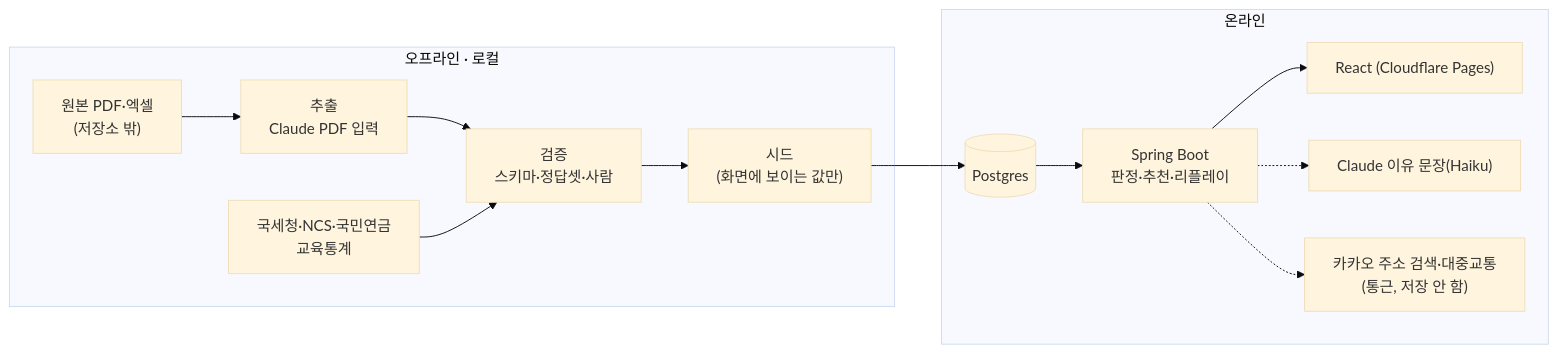
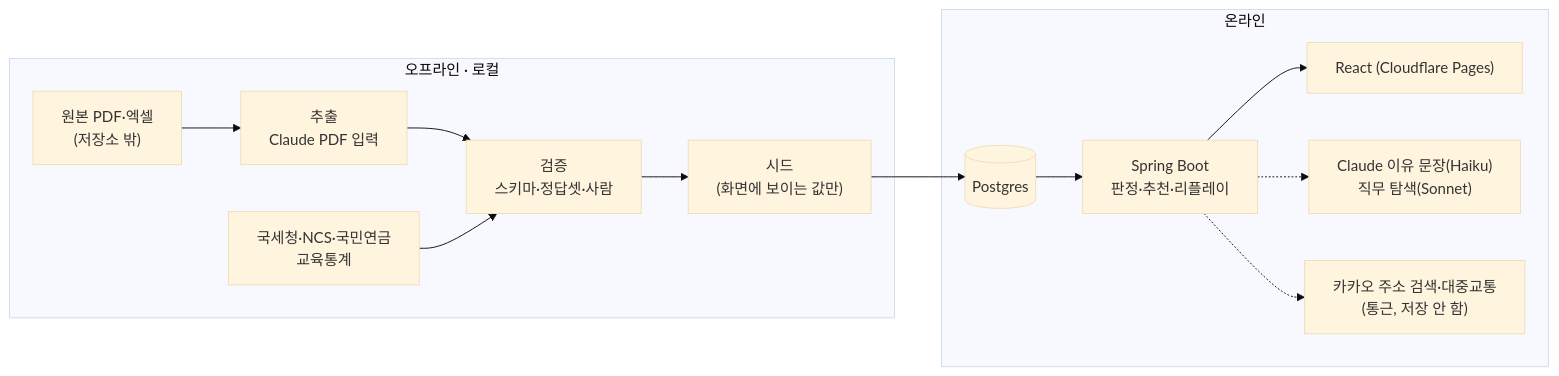
Before and after one commit to skuniv-team11/Backend: the diagram in docs/architecture.md, drawn with Mermaid (base theme). The commit also changed other lines of this file and 45 other files, not shown here.

````diff
--- a/docs/architecture.md
+++ b/docs/architecture.md
@@ -9,16 +9,16 @@
 ```mermaid
 flowchart LR
   subgraph OFF["오프라인 · 로컬"]
     R["원본 PDF·엑셀<br>(저장소 밖)"] --> X["추출<br>Claude PDF 입력"]
     X --> V["검증<br>스키마·정답셋·사람"]
     P["국세청·NCS·국민연금<br>교육통계"] --> V
     V --> S["시드<br>(화면에 보이는 값만)"]
   end
   subgraph ON["온라인"]
     S --> DB[("Postgres")]
     DB --> API["Spring Boot<br>판정·추천·리플레이"]
     API --> FE["React (Cloudflare Pages)"]
-    API -.-> C["Claude 이유 문장(Haiku)"]
+    API -.-> C["Claude 이유 문장(Haiku)<br>직무 탐색(Sonnet)"]
     API -.-> K["카카오 주소 검색·대중교통<br>(통근, 저장 안 함)"]
   end
 ```
````
